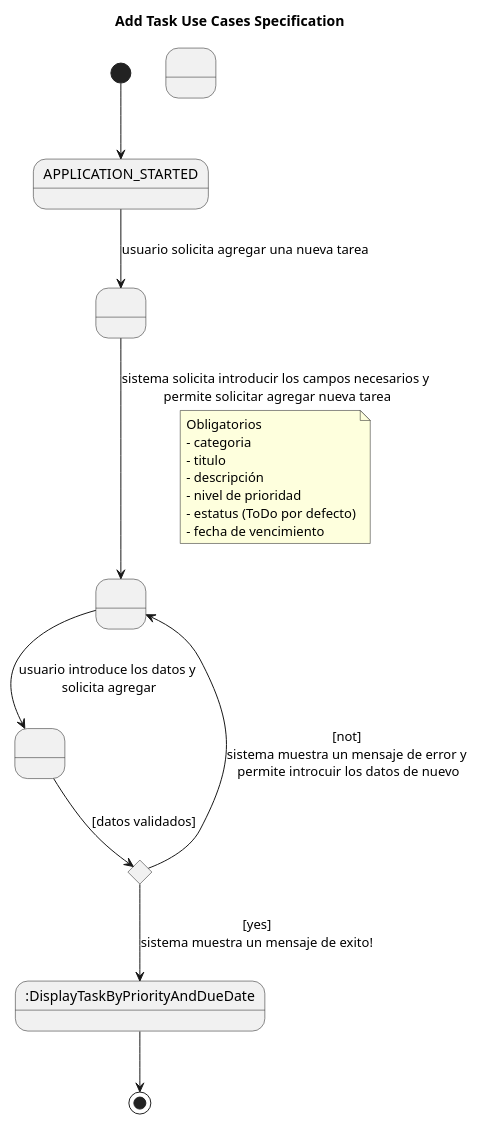
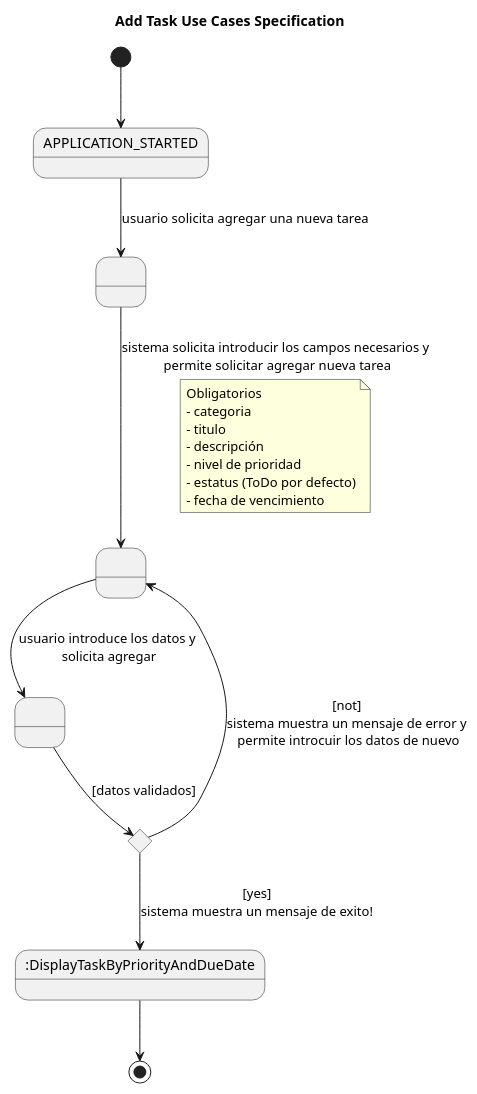
The diagram in Docs/UseCases/AddTaskUseCasesSpecification.plantuml (franpaulinoinfante/TaskManagement), drawn with PlantUML before and after one commit.

Commit message:
Updace Docs

```diff
--- a/Docs/UseCases/AddTaskUseCasesSpecification.plantuml
+++ b/Docs/UseCases/AddTaskUseCasesSpecification.plantuml
@@ -1,30 +1,29 @@
 @startuml AddTaskUseCasesSpecification
     title Add Task Use Cases Specification
 
 state ":DisplayTaskByPriorityAndDueDate" as DisplayTaskByPriorityAndDueDate
 state " " as A
 state " " as B
 state " " as C
-state " " as D
 
 state isValidDate <<choice>>
 
 [*] --> APPLICATION_STARTED
     APPLICATION_STARTED --> A : usuario solicita agregar una nueva tarea
     A --> B : sistema solicita introducir los campos necesarios y\n permite solicitar agregar nueva tarea
         note on link
             Obligatorios
             - categoria
             - titulo
             - descripción
             - nivel de prioridad
             - estatus (ToDo por defecto)
             - fecha de vencimiento
         endnote
     B --> C : usuario introduce los datos y\n solicita agregar
     C --> isValidDate : [datos validados]
         isValidDate --> DisplayTaskByPriorityAndDueDate : [yes]\nsistema muestra un mensaje de exito!
     isValidDate -up-> B : [not]\nsistema muestra un mensaje de error y\n permite introcuir los datos de nuevo
         
 DisplayTaskByPriorityAndDueDate --> [*]
 @enduml
```
